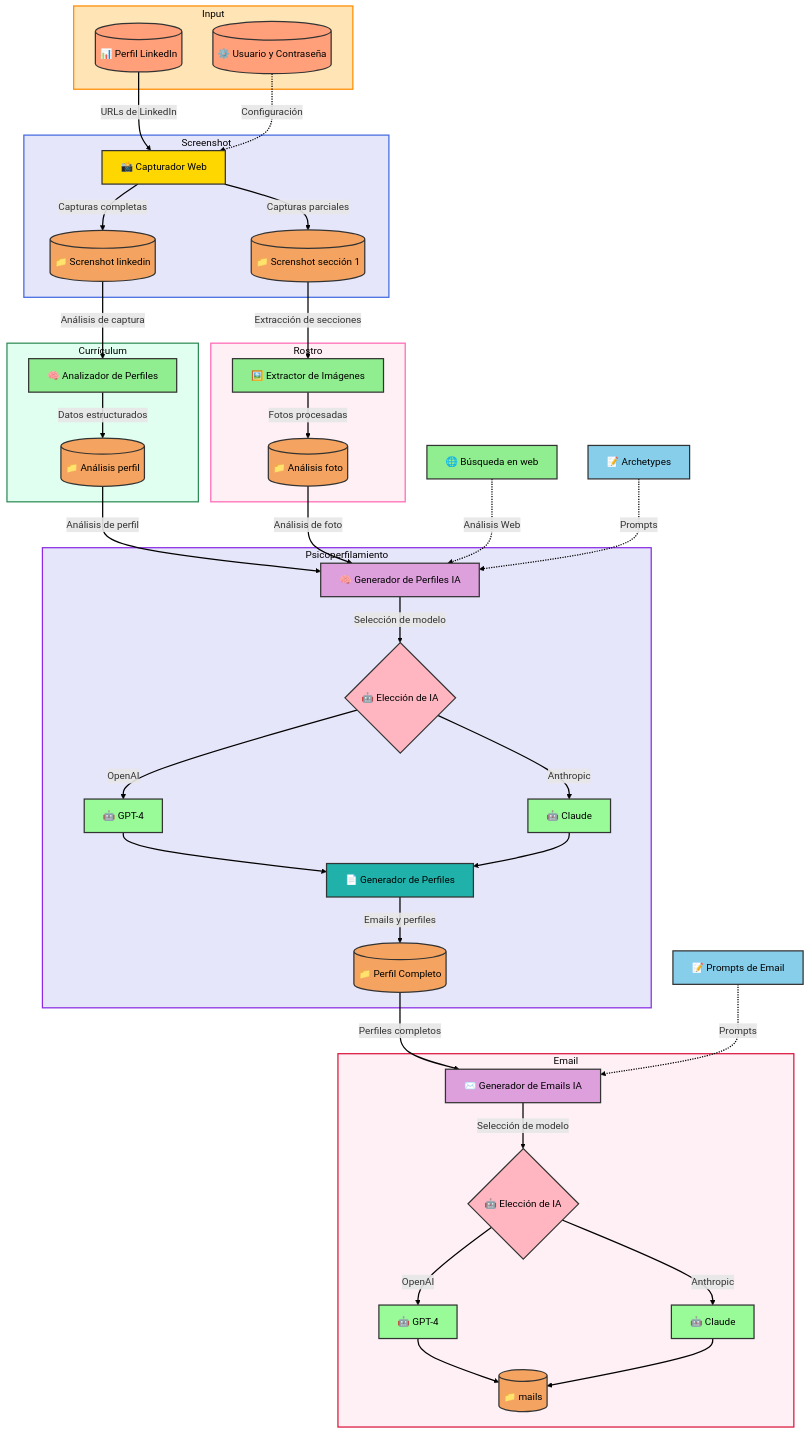
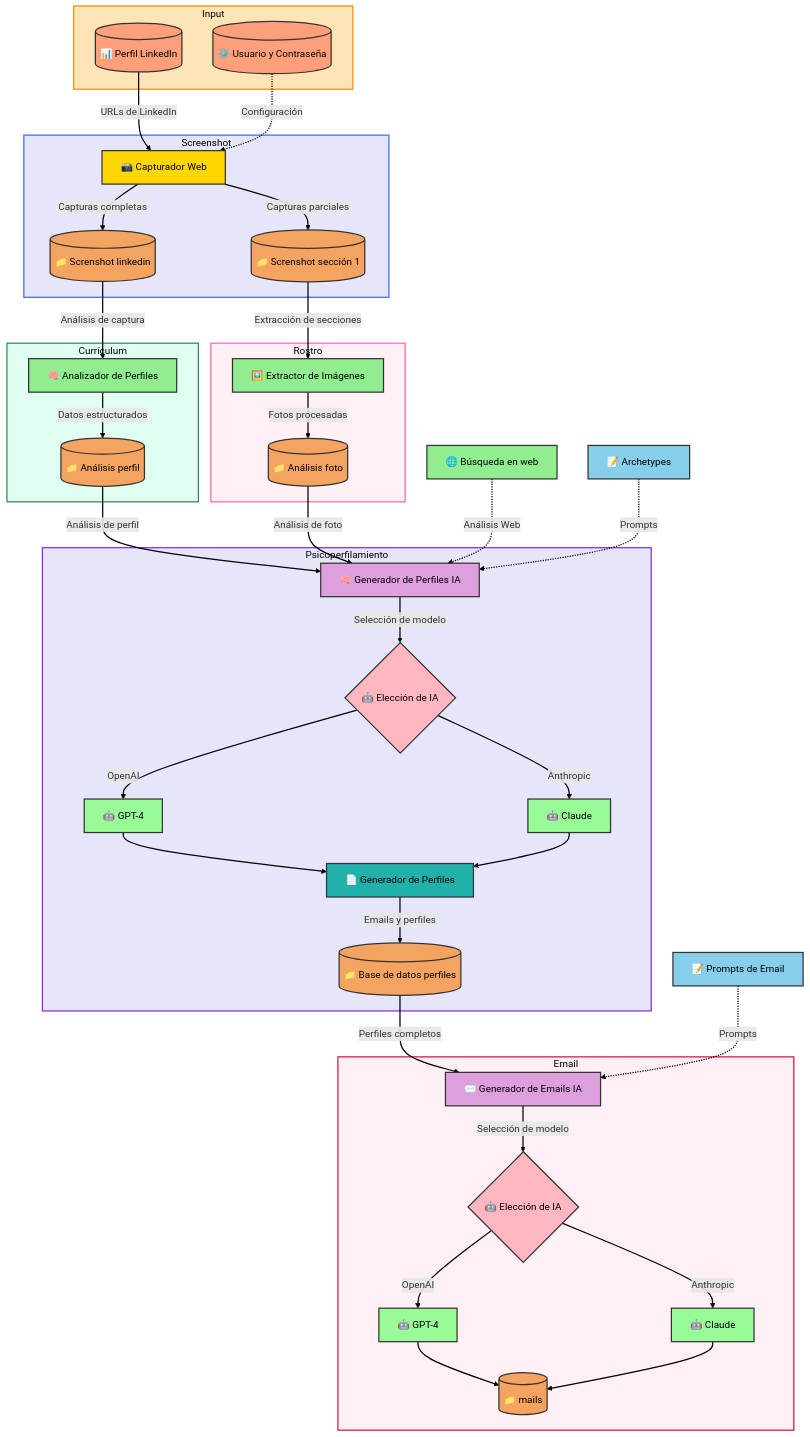
One commit to niatro/psicoperfilamiente changed the diagram in README.md. Above: the diagram before and after it, drawn with Mermaid. The commit also changed other lines of this file and 2 other files, not shown here.

```diff
--- a/README.md
+++ b/README.md
@@ -27,7 +27,7 @@
 L["🤖 GPT-4"]
 M["🤖 Claude"]
 N["📄 Generador de Perfiles"]
-O[("📁 Perfil Completo")]
+O[("📁 Base de datos perfiles")]
 end
 subgraph Email["Email"]
 T["✉️ Generador de Emails IA"]
```
